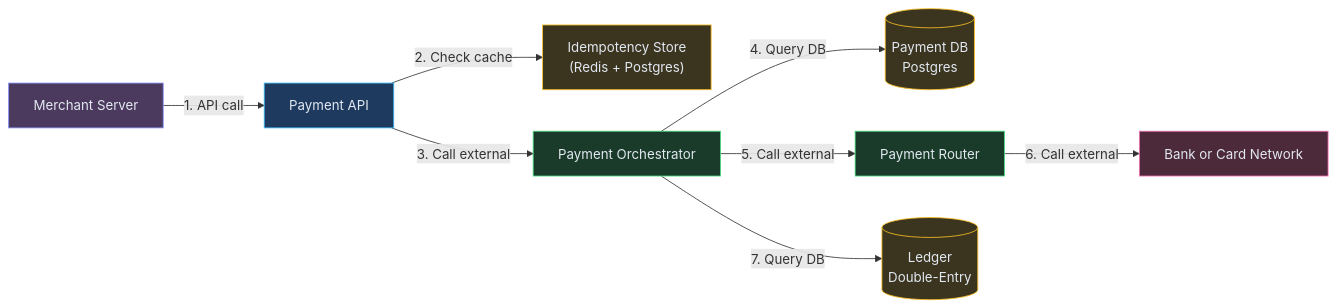
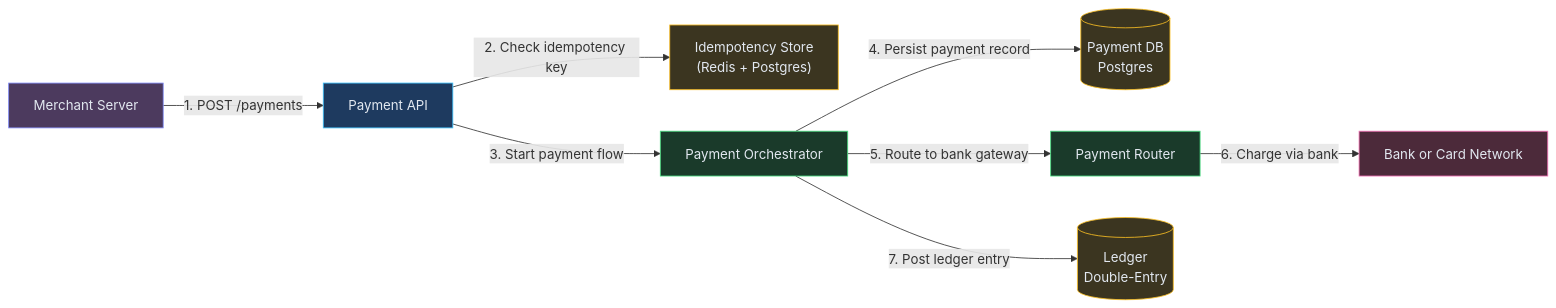
Before and after one commit to iluzn/HLD-Designs: the second of 6 diagrams in content/hld/PaymentSystem.md, drawn with Mermaid. The commit also changed other lines of this file and 27 other files, not shown here.

````diff
--- a/content/hld/PaymentSystem.md
+++ b/content/hld/PaymentSystem.md
@@ -167,25 +167,25 @@
 ```mermaid
 flowchart LR
     MERCHANT["Merchant Server"]:::client
     API["Payment API"]:::edge
     IDEMP["Idempotency Store<br/>(Redis + Postgres)"]:::data
     ORCH["Payment Orchestrator"]:::service
     DB[("Payment DB<br/>Postgres")]:::data
     ROUTER["Payment Router"]:::service
     BANK["Bank or Card Network"]:::external
     LEDGER[("Ledger<br/>Double-Entry")]:::data
 
-    MERCHANT -->|"1. API call"| API
-    API -->|"2. Check cache"| IDEMP
-    API -->|"3. Call external"| ORCH
-    ORCH -->|"4. Query DB"| DB
-    ORCH -->|"5. Call external"| ROUTER
-    ROUTER -->|"6. Call external"| BANK
-    ORCH -->|"7. Query DB"| LEDGER
+    MERCHANT -->|"1. POST /payments"| API
+    API -->|"2. Check idempotency key"| IDEMP
+    API -->|"3. Start payment flow"| ORCH
+    ORCH -->|"4. Persist payment record"| DB
+    ORCH -->|"5. Route to bank gateway"| ROUTER
+    ROUTER -->|"6. Charge via bank"| BANK
+    ORCH -->|"7. Post ledger entry"| LEDGER
 
     classDef client fill:#4c3a5e,stroke:#818cf8,color:#e2e8f0
     classDef edge fill:#1e3a5f,stroke:#38bdf8,color:#e2e8f0
     classDef service fill:#1a3a2a,stroke:#4ade80,color:#e2e8f0
     classDef data fill:#3b3520,stroke:#fbbf24,color:#e2e8f0
     classDef external fill:#4c2a3a,stroke:#f472b6,color:#e2e8f0
 ```
````
